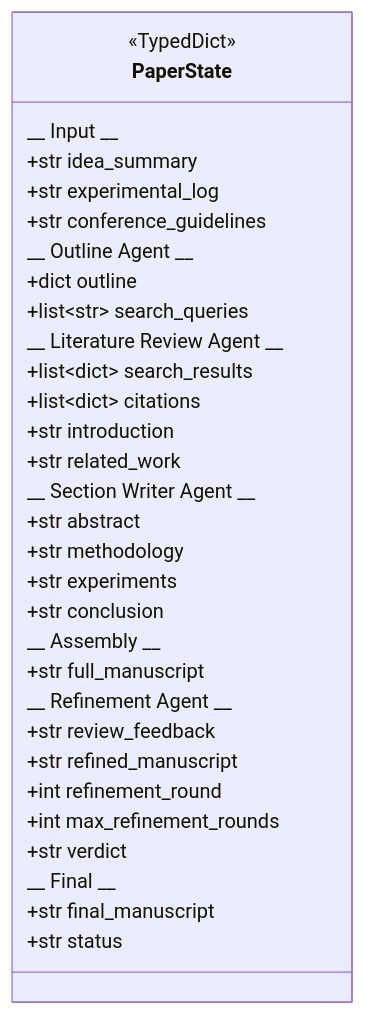
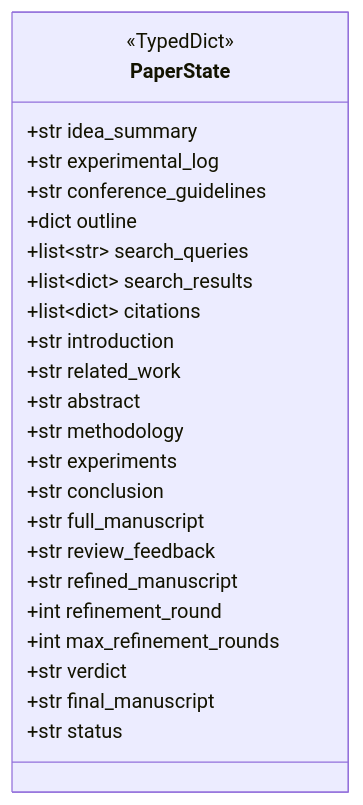
Before and after one commit to dimitarpg13/agentic_architectures_and_design_patterns: the sixth of 14 diagrams in notebooks/research_paper_creation/docs/research_paper_agentic_workflow_diagrams.md, drawn with Mermaid. The commit also changed other lines of this file, not shown here.

Commit message:
fix mermaid rendering errors in markdown

````diff
--- a/notebooks/research_paper_creation/docs/research_paper_agentic_workflow_diagrams.md
+++ b/notebooks/research_paper_creation/docs/research_paper_agentic_workflow_diagrams.md
@@ -324,34 +302,27 @@
 ```mermaid
 classDiagram
     class PaperState {
         <<TypedDict>>
-        __ Input __
         +str idea_summary
         +str experimental_log
         +str conference_guidelines
-        __ Outline Agent __
         +dict outline
         +list~str~ search_queries
-        __ Literature Review Agent __
         +list~dict~ search_results
         +list~dict~ citations
         +str introduction
         +str related_work
-        __ Section Writer Agent __
         +str abstract
         +str methodology
         +str experiments
         +str conclusion
-        __ Assembly __
         +str full_manuscript
-        __ Refinement Agent __
         +str review_feedback
         +str refined_manuscript
         +int refinement_round
         +int max_refinement_rounds
         +str verdict
-        __ Final __
         +str final_manuscript
         +str status
     }
 ```
````
